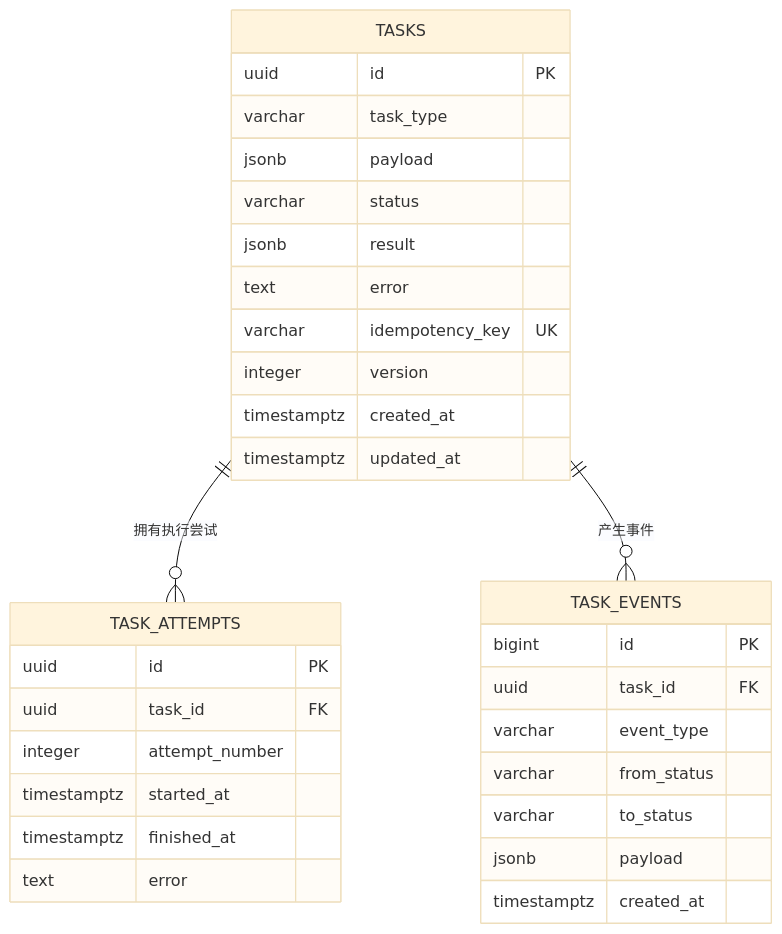
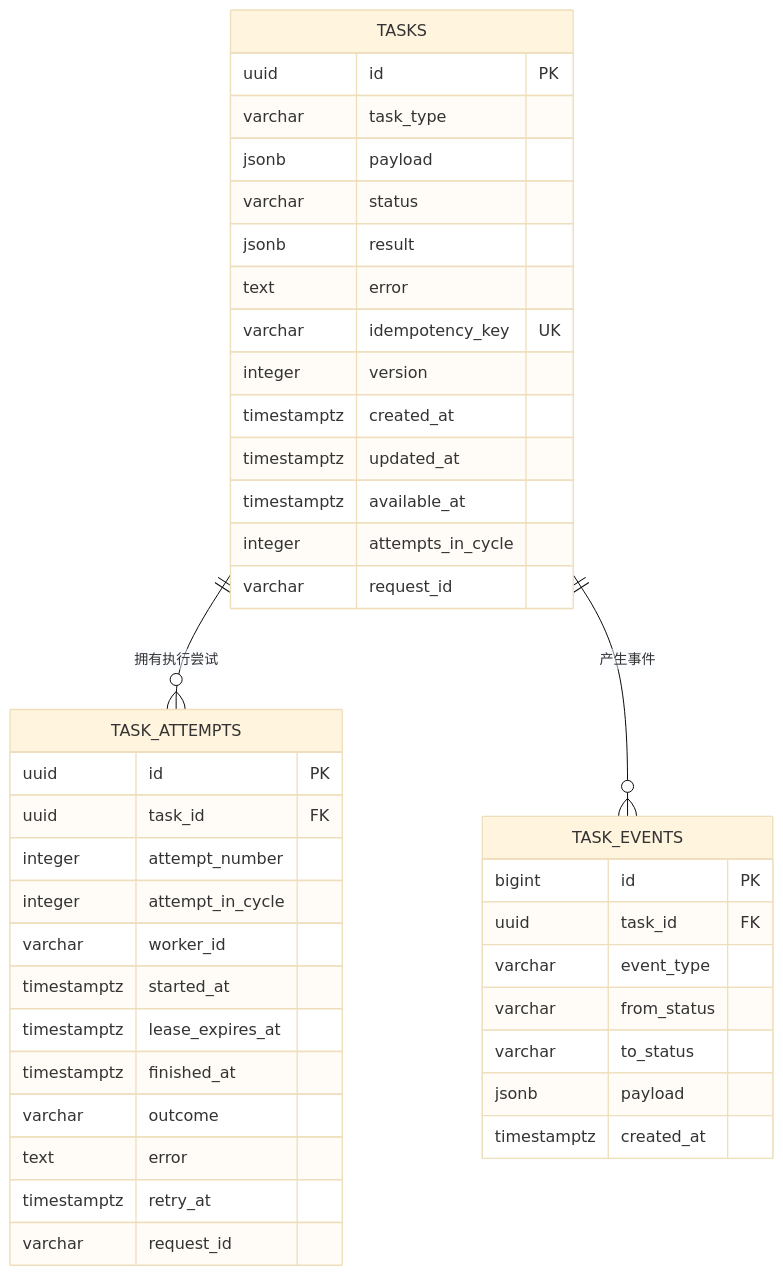
One commit to adv-mmy/TeyvatNotes changed the third of 4 diagrams in docs/architecture.md. Above: the diagram before and after it, drawn with Mermaid (base theme). The commit also changed other lines of this file and 27 other files, not shown here.

````diff
--- a/docs/architecture.md
+++ b/docs/architecture.md
@@ -85,37 +97,46 @@
 ```mermaid
 erDiagram
     TASKS ||--o{ TASK_ATTEMPTS : "拥有执行尝试"
     TASKS ||--o{ TASK_EVENTS : "产生事件"
 
     TASKS {
         uuid id PK
         varchar task_type
         jsonb payload
         varchar status
         jsonb result
         text error
         varchar idempotency_key UK
         integer version
         timestamptz created_at
         timestamptz updated_at
+        timestamptz available_at
+        integer attempts_in_cycle
+        varchar request_id
     }
 
     TASK_ATTEMPTS {
         uuid id PK
         uuid task_id FK
         integer attempt_number
+        integer attempt_in_cycle
+        varchar worker_id
         timestamptz started_at
+        timestamptz lease_expires_at
         timestamptz finished_at
+        varchar outcome
         text error
+        timestamptz retry_at
+        varchar request_id
     }
 
     TASK_EVENTS {
         bigint id PK
         uuid task_id FK
         varchar event_type
         varchar from_status
         varchar to_status
         jsonb payload
         timestamptz created_at
     }
 ```
````
